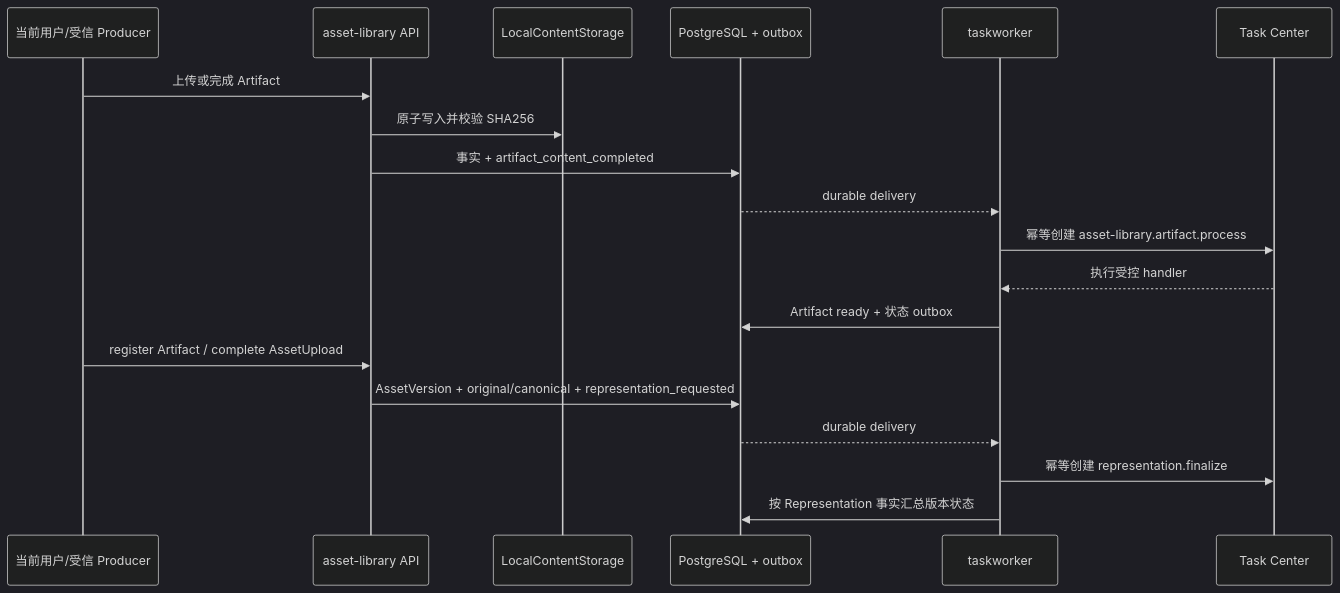
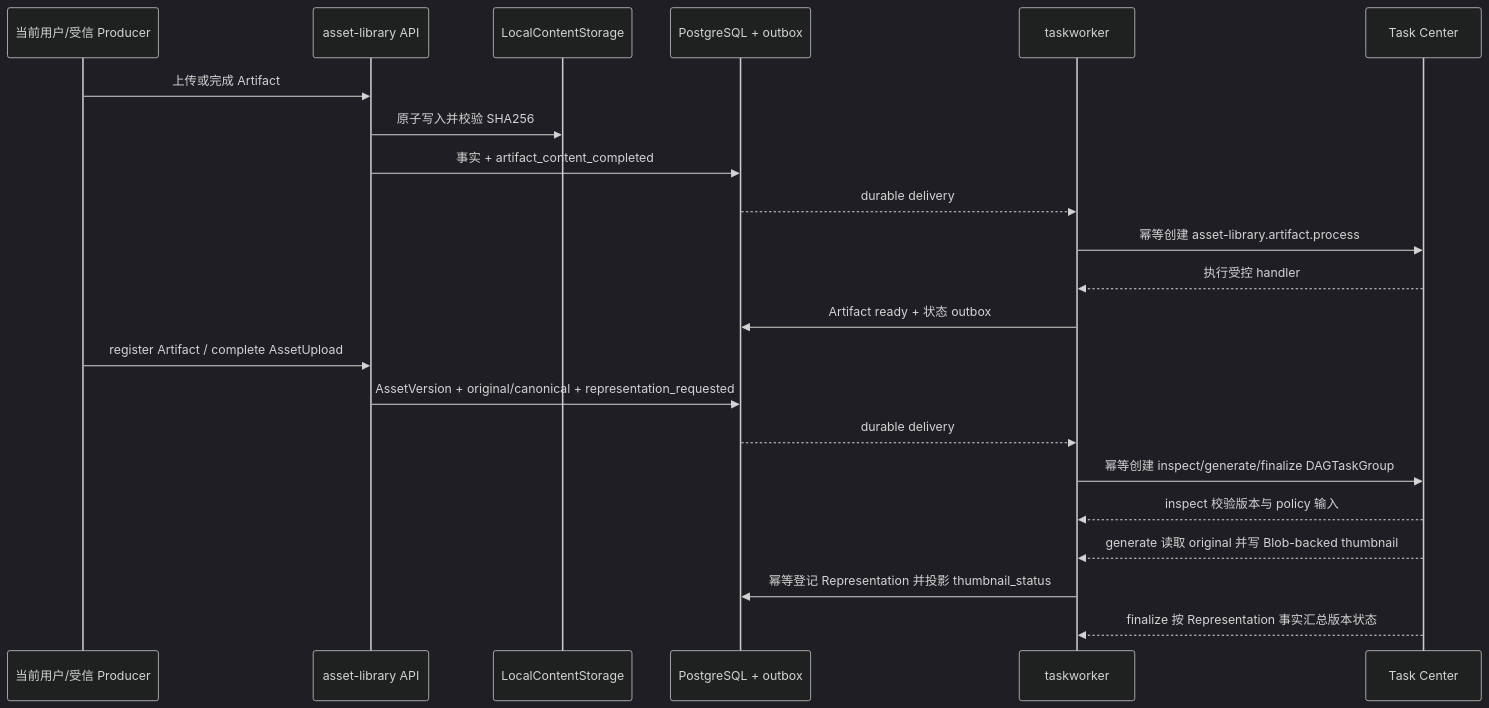
The fifth of 5 diagrams in docs/guide/zh-CN/architecture/taskworker-apiserver-collaboration.md (wangweihong/omnimam-server), drawn with Mermaid (dark theme) before and after one commit. The commit also changed other lines of this file and 9 other files, not shown here.

````diff
--- a/docs/guide/zh-CN/architecture/taskworker-apiserver-collaboration.md
+++ b/docs/guide/zh-CN/architecture/taskworker-apiserver-collaboration.md
@@ -188,21 +190,24 @@
 ```mermaid
 sequenceDiagram
   participant Client as 当前用户/受信 Producer
   participant API as asset-library API
   participant Storage as LocalContentStorage
   participant DB as PostgreSQL + outbox
   participant Worker as taskworker
   participant Task as Task Center
   Client->>API: 上传或完成 Artifact
   API->>Storage: 原子写入并校验 SHA256
   API->>DB: 事实 + artifact_content_completed
   DB-->>Worker: durable delivery
   Worker->>Task: 幂等创建 asset-library.artifact.process
   Task-->>Worker: 执行受控 handler
   Worker->>DB: Artifact ready + 状态 outbox
   Client->>API: register Artifact / complete AssetUpload
   API->>DB: AssetVersion + original/canonical + representation_requested
   DB-->>Worker: durable delivery
-  Worker->>Task: 幂等创建 representation.finalize
-  Worker->>DB: 按 Representation 事实汇总版本状态
+  Worker->>Task: 幂等创建 inspect/generate/finalize DAGTaskGroup
+  Task-->>Worker: inspect 校验版本与 policy 输入
+  Task-->>Worker: generate 读取 original 并写 Blob-backed thumbnail
+  Worker->>DB: 幂等登记 Representation 并投影 thumbnail_status
+  Task-->>Worker: finalize 按 Representation 事实汇总版本状态
 ```
````
